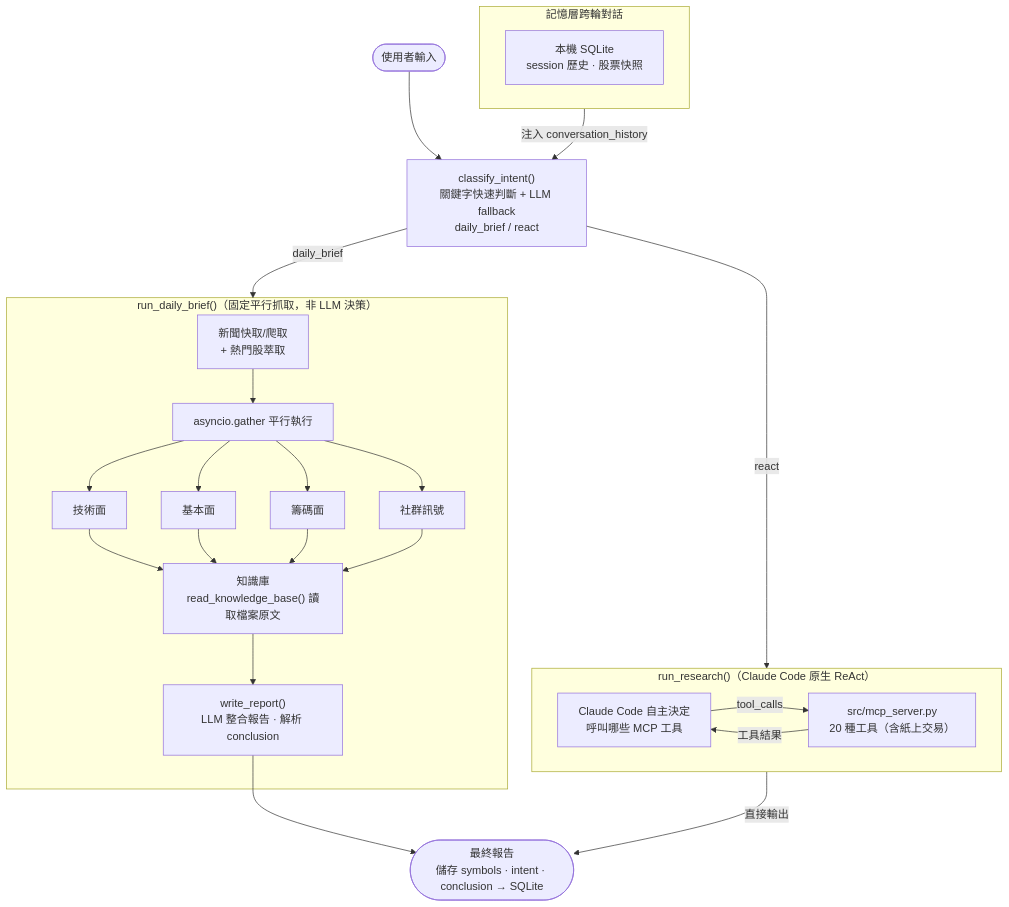
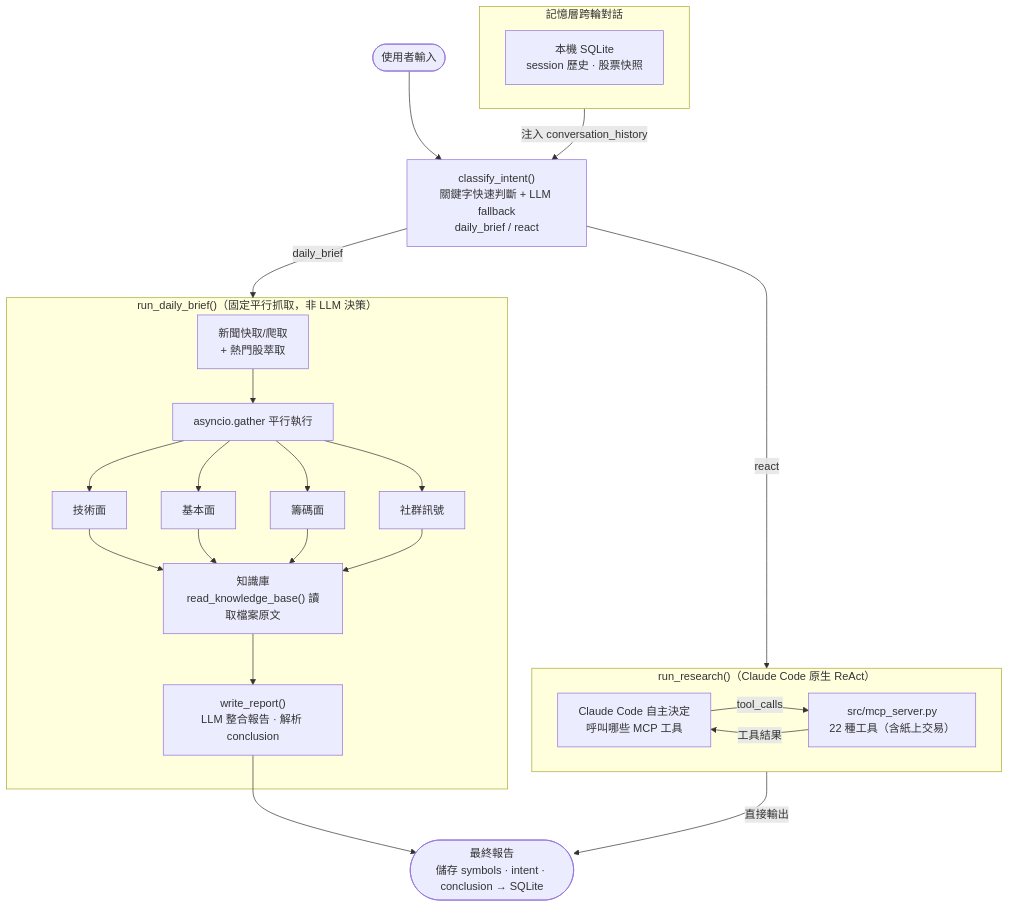
Before and after one commit to carterwu1120/market-agent: the diagram in README.md, drawn with Mermaid. The commit also changed other lines of this file and 9 other files, not shown here.

````diff
--- a/README.md
+++ b/README.md
@@ -32,30 +32,30 @@
 ```mermaid
 flowchart TD
     subgraph MEM["記憶層跨輪對話"]
         SQLITE["本機 SQLite\nsession 歷史 · 股票快照"]
     end
 
     USER([使用者輸入]) --> CLS
 
     MEM -->|注入 conversation_history| CLS
 
     CLS["classify_intent()\n關鍵字快速判斷 + LLM fallback\ndaily_brief / react"]
 
     CLS -->|react| RA
     CLS -->|daily_brief| DB
 
     subgraph RA["run_research()（Claude Code 原生 ReAct）"]
-        LLM_R["Claude Code 自主決定\n呼叫哪些 MCP 工具"] -->|tool_calls| MCP["src/mcp_server.py\n20 種工具（含紙上交易）"]
+        LLM_R["Claude Code 自主決定\n呼叫哪些 MCP 工具"] -->|tool_calls| MCP["src/mcp_server.py\n22 種工具（含紙上交易）"]
         MCP -->|工具結果| LLM_R
     end
 
     subgraph DB["run_daily_brief()（固定平行抓取，非 LLM 決策）"]
         NEWS["新聞快取/爬取\n+ 熱門股萃取"] --> FANOUT
         FANOUT["asyncio.gather 平行執行"] --> TA["技術面"] & FA["基本面"] & CA["籌碼面"] & SA["社群訊號"]
         TA & FA & CA & SA --> KB["知識庫\nread_knowledge_base() 讀取檔案原文"]
         KB --> SYN["write_report()\nLLM 整合報告 · 解析 conclusion"]
     end
 
     RA -->|直接輸出| END([最終報告\n儲存 symbols · intent · conclusion → SQLite])
     SYN --> END
 ```
````
